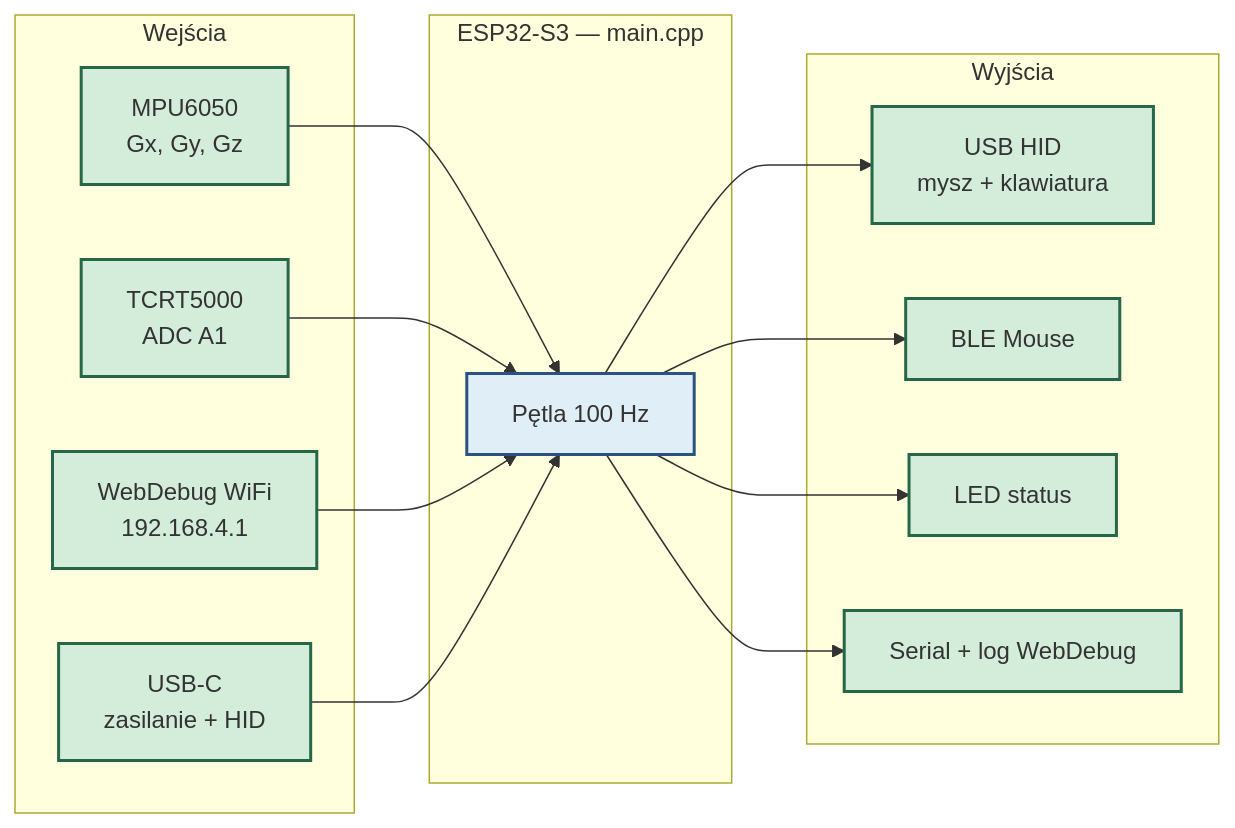
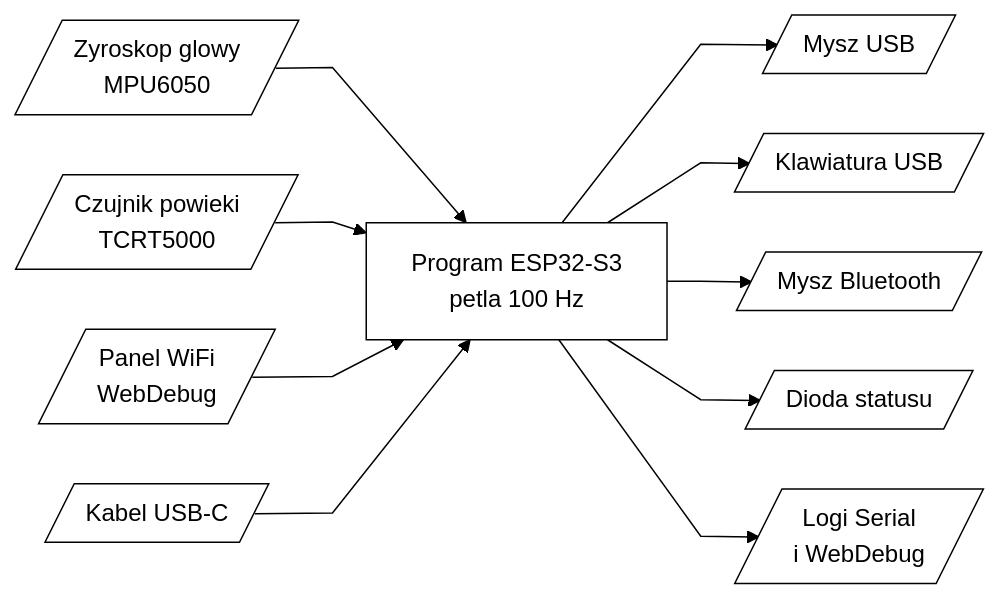
The first of 11 diagrams in README.md (bartkadres-ai/HEFAS-4.0), drawn with Mermaid before and after one commit. The commit also changed other lines of this file, not shown here.

````diff
--- a/README.md
+++ b/README.md
@@ -285,35 +296,26 @@
 ```mermaid
+%%{init: {'theme':'base','themeVariables':{'background':'#ffffff','mainBkg':'#ffffff','primaryColor':'#ffffff','primaryTextColor':'#000000','primaryBorderColor':'#000000','lineColor':'#000000','clusterBkg':'#ffffff','clusterBorder':'#000000','edgeLabelBackground':'#ffffff'},'flowchart':{'curve':'linear','nodeSpacing':40,'rankSpacing':45}}}%%
 flowchart LR
-    subgraph WEJ["Wejścia"]
-        IMU["MPU6050<br/>Gx, Gy, Gz"]
-        IR["TCRT5000<br/>ADC A1"]
-        WEB["WebDebug WiFi<br/>192.168.4.1"]
-        USBIN["USB-C<br/>zasilanie + HID"]
-    end
+    IMU[/Zyroskop glowy<br/>MPU6050/]
+    IR[/Czujnik powieki<br/>TCRT5000/]
+    WEB[/Panel WiFi<br/>WebDebug/]
+    USBIN[/Kabel USB-C/]
 
-    subgraph MCU["ESP32-S3 — main.cpp"]
-        LOOP["Pętla 100 Hz"]
-    end
+    MCU[Program ESP32-S3<br/>petla 100 Hz]
 
-    subgraph WYJ["Wyjścia"]
-        HID["USB HID<br/>mysz + klawiatura"]
-        BLE["BLE Mouse"]
-        LED["LED status"]
-        LOG["Serial + log WebDebug"]
-    end
+    HID[/Mysz USB/]
+    KBD[/Klawiatura USB/]
+    BLE[/Mysz Bluetooth/]
+    LED[/Dioda statusu/]
+    LOG[/Logi Serial<br/>i WebDebug/]
 
-    IMU --> LOOP
-    IR --> LOOP
-    WEB --> LOOP
-    USBIN --> LOOP
-    LOOP --> HID
-    LOOP --> BLE
-    LOOP --> LED
-    LOOP --> LOG
-
-    classDef io fill:#d4edda,stroke:#276749,stroke-width:2px
-    classDef core fill:#dfeef7,stroke:#2c5282,stroke-width:2px
-    class IMU,IR,WEB,USBIN io
-    class LOOP core
-    class HID,BLE,LED,LOG io
+    IMU --> MCU
+    IR --> MCU
+    WEB --> MCU
+    USBIN --> MCU
+    MCU --> HID
+    MCU --> KBD
+    MCU --> BLE
+    MCU --> LED
+    MCU --> LOG
 ```
````
